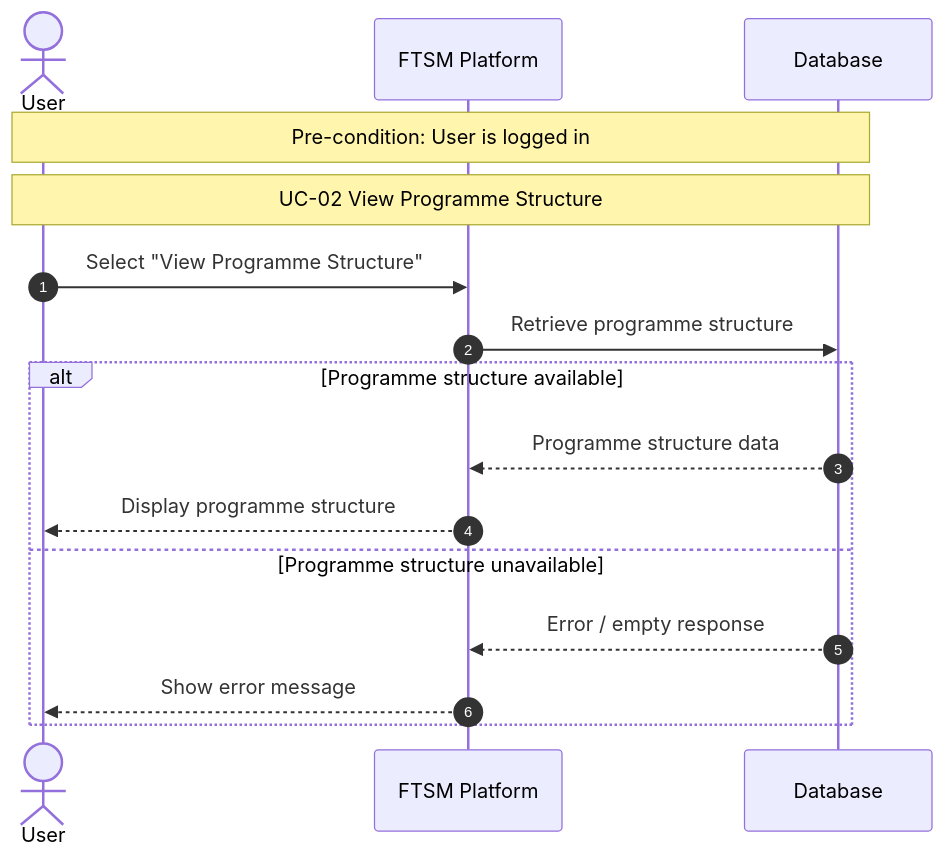
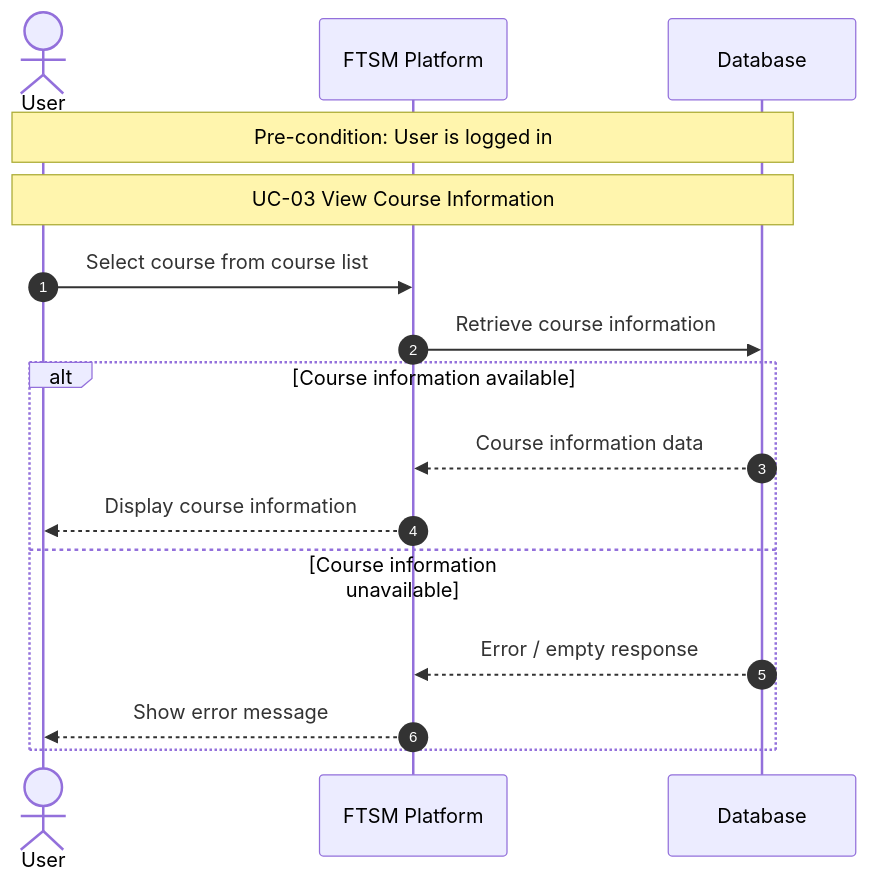
Before and after one commit to Lifantastic-O/iodraw-files: the diagram in all/未命名-1.md, drawn with Mermaid.

Commit message:
2025-12-18 17:28:21 update

````diff
--- a/all/未命名-1.md
+++ b/all/未命名-1.md
@@ -1,22 +1,22 @@
 ```mermaid
 sequenceDiagram
 autonumber
 actor User
 participant System as FTSM Platform
 participant DB as Database
 
 Note over User,DB: Pre-condition: User is logged in
-Note over User,DB: UC-02 View Programme Structure
+Note over User,DB: UC-03 View Course Information
 
-User->>System: Select "View Programme Structure"
-System->>DB: Retrieve programme structure
+User->>System: Select course from course list
+System->>DB: Retrieve course information
 
-alt Programme structure available
-DB-->>System: Programme structure data
-System-->>User: Display programme structure
-else Programme structure unavailable
+alt Course information available
+DB-->>System: Course information data
+System-->>User: Display course information
+else Course information unavailable
 DB-->>System: Error / empty response
 System-->>User: Show error message
 end
 
 ```
````
